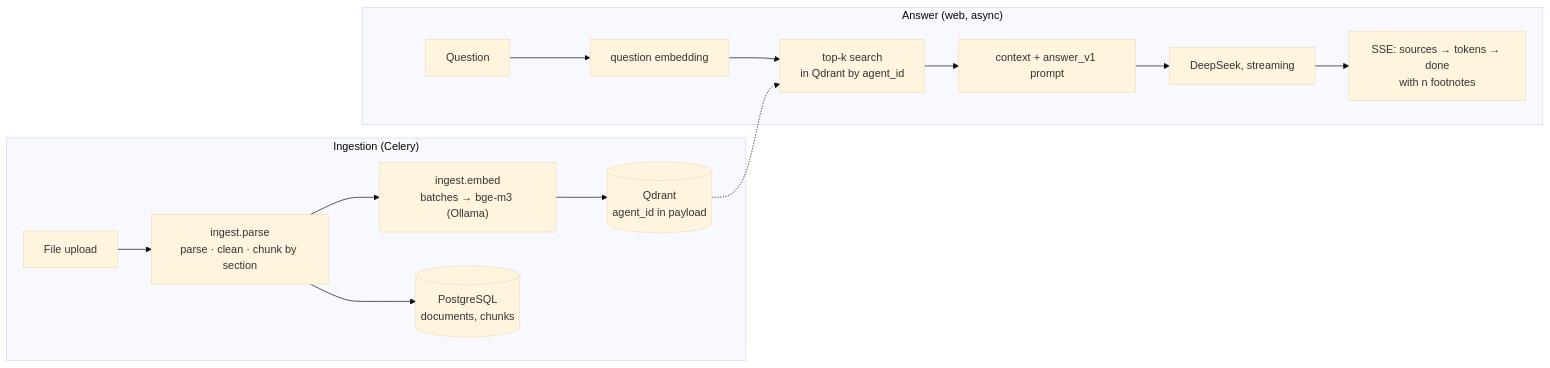
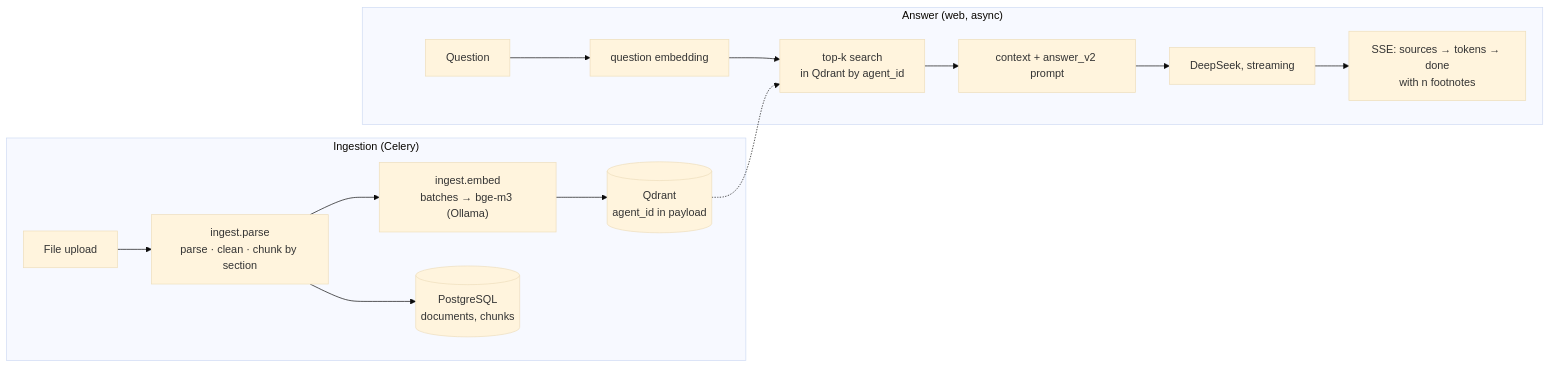
The diagram in README.md (Gegirhasut/rag-agents), drawn with Mermaid (base theme) before and after one commit. The commit also changed 15 other files, not shown here.

````diff
--- a/README.md
+++ b/README.md
@@ -68,15 +68,15 @@
 ```mermaid
 flowchart LR
     subgraph Ingest["Ingestion (Celery)"]
         U[File upload] --> P["ingest.parse<br/>parse · clean · chunk by section"]
         P --> E["ingest.embed<br/>batches → bge-m3 (Ollama)"]
         E --> Q[(Qdrant<br/>agent_id in payload)]
         P --> PG[(PostgreSQL<br/>documents, chunks)]
     end
     subgraph Query["Answer (web, async)"]
         A[Question] --> QE[question embedding] --> S[top-k search<br/>in Qdrant by agent_id]
-        S --> C[context + answer_v1 prompt] --> L[DeepSeek, streaming]
+        S --> C[context + answer_v2 prompt] --> L[DeepSeek, streaming]
         L --> SSE[SSE: sources → tokens → done<br/>with n footnotes]
     end
     Q -.-> S
 ```
````
